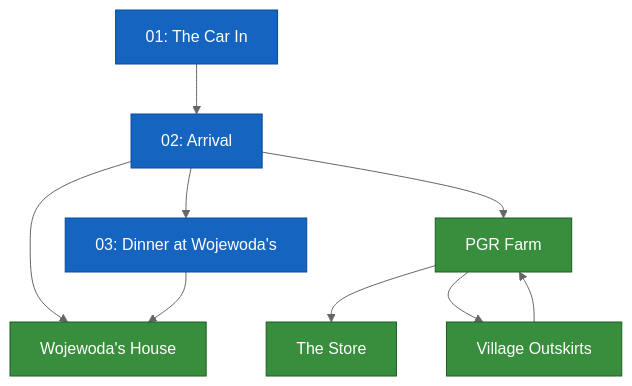
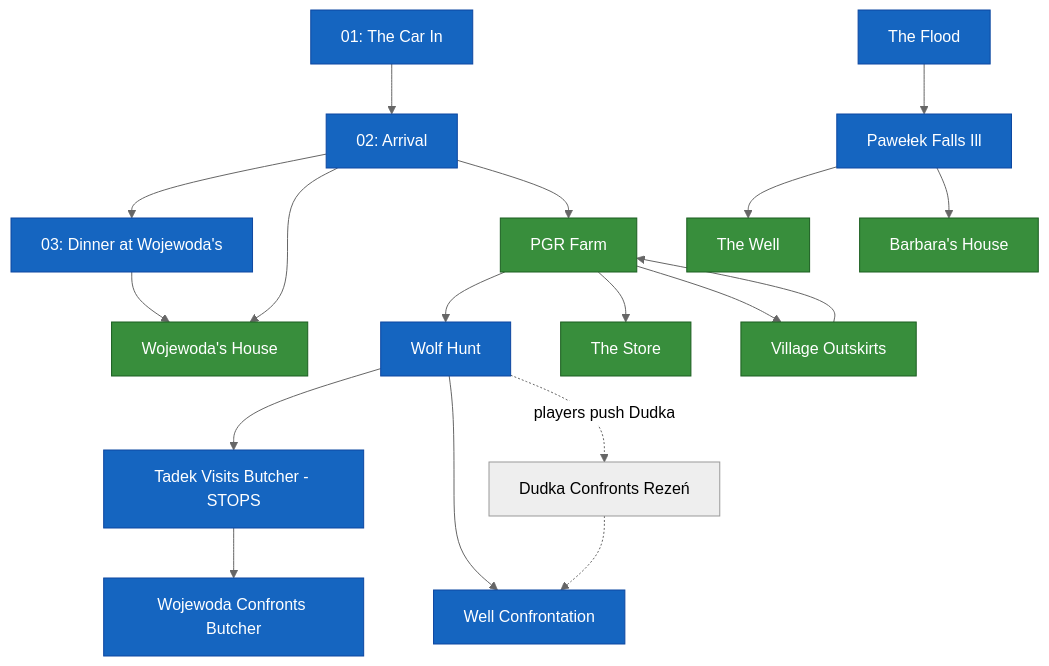
Before and after one commit to EasyL0ver/kampania: the diagram in story/scenario-graph.md, drawn with Mermaid (neutral theme). The commit also changed other lines of this file and 30 other files, not shown here.

First line of the commit message:
Major update: event scenes, wolves, game system, well confrontation

````diff
--- a/story/scenario-graph.md
+++ b/story/scenario-graph.md
@@ -7,21 +7,36 @@
 ```mermaid
 graph TD
     %% === EVENTS ===
     E01[01: The Car In] --> E02[02: Arrival]
     E02 --> E03[03: Dinner at Wojewoda's]
     E02 --> L_HOUSE[Wojewoda's House]
     E02 --> L_PGR[PGR Farm]
+
+    %% === WOLF CHAIN ===
+    L_PGR --> E_WOLF[Wolf Hunt]
+    E_WOLF --> E_VISITS[Tadek Visits Butcher - STOPS]
+    E_VISITS --> E_CONFRONT[Wojewoda Confronts Butcher]
+    E_WOLF --> E_WELL[Well Confrontation]
+
+    %% === PAWEŁEK ILLNESS ===
+    E_FLOOD[The Flood] --> E_PAWELEK[Pawełek Falls Ill]
+    E_PAWELEK --> L_WELL[The Well]
+    E_PAWELEK --> L_BARBARA[Barbara's House]
+
+    %% === HAG PREVENTION ===
+    E_WOLF -.->|players push Dudka| E_HAG_SAVED[Dudka Confronts Rezeń]
+    E_HAG_SAVED -.-> E_WELL
 
     %% === LOCATIONS ===
     E03 --> L_HOUSE
     L_PGR --> L_STORE[The Store]
     L_PGR --> L_SURVEY[Village Outskirts]
     L_SURVEY --> L_PGR
 
     %% === STYLING ===
     classDef event fill:#1565c0,color:#fff,stroke:#0d47a1
     classDef location fill:#388e3c,color:#fff,stroke:#1b5e20
 
-    class E01,E02,E03 event
-    class L_HOUSE,L_PGR,L_STORE,L_SURVEY location
+    class E01,E02,E03,E_WOLF,E_VISITS,E_CONFRONT,E_WELL,E_FLOOD,E_PAWELEK event
+    class L_HOUSE,L_PGR,L_STORE,L_SURVEY,L_WELL,L_BARBARA location
 ```
````
